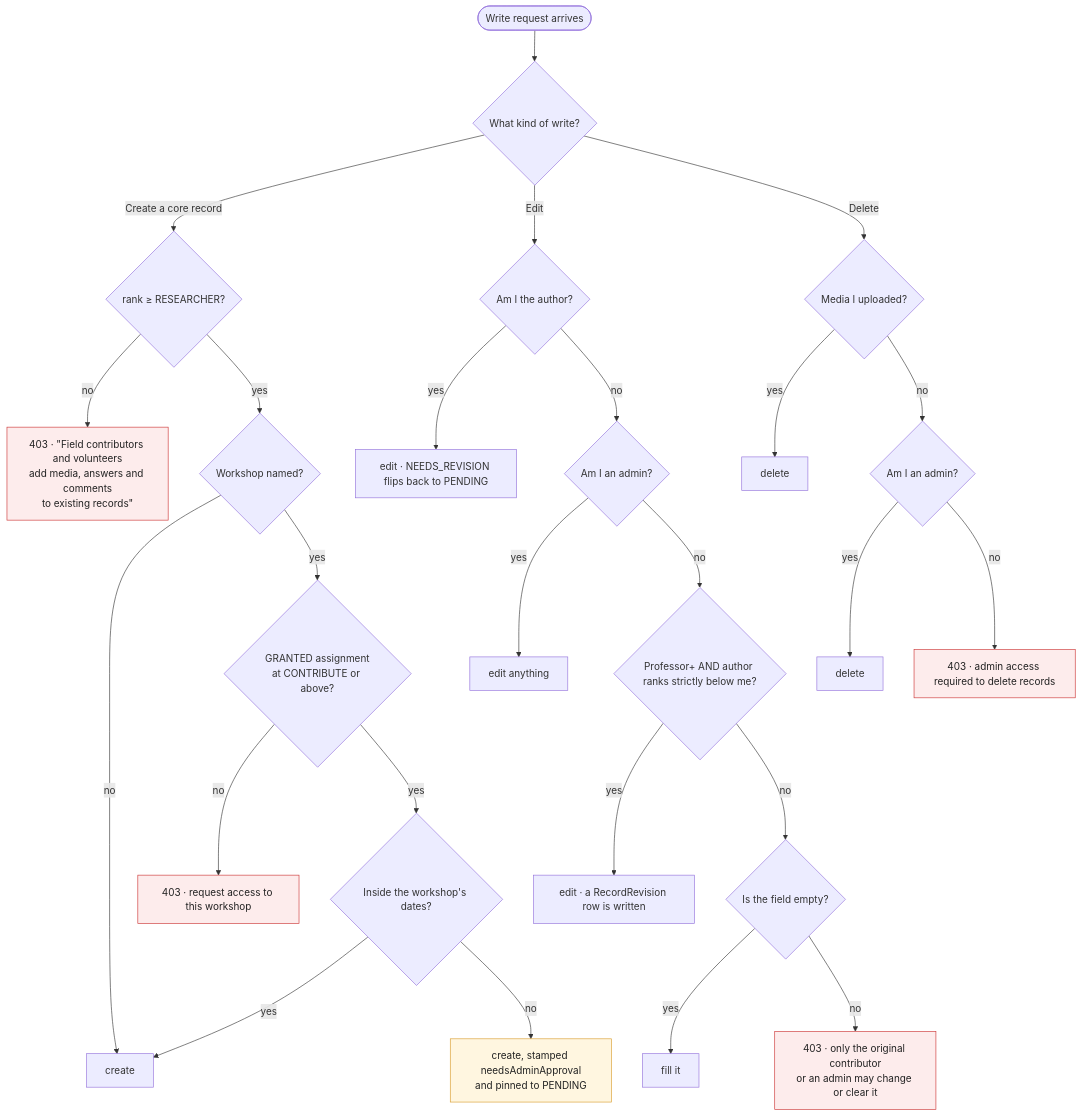
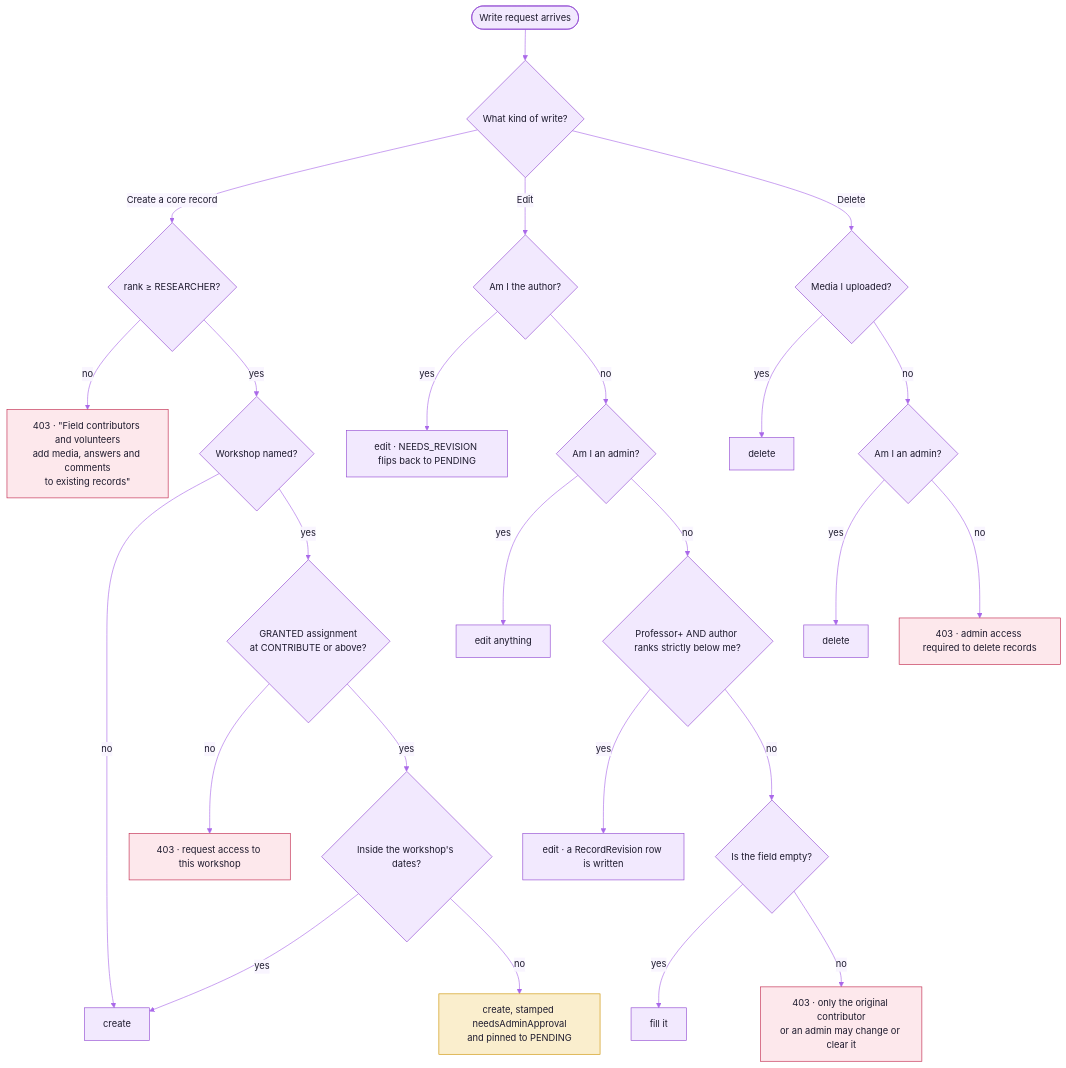
One commit to cxacraftecosystem-ui/documentation-portal changed the second of 6 diagrams in docs/PERMISSIONS.md. Above: the diagram before and after it, drawn with Mermaid. The commit also changed other lines of this file and 106 other files, not shown here.

First line of the commit message:
README showcase: the front page rebuilt on the README kit (copied from designer-portal) with Field Repository content, the readme-check workflow, every docs diagram themed, and the docs brought to 0.0.10

````diff
--- a/docs/PERMISSIONS.md
+++ b/docs/PERMISSIONS.md
@@ -277,36 +278,37 @@
 ```mermaid
+%%{init: {"theme":"base","themeVariables":{"fontFamily":"Inter, ui-sans-serif, system-ui, -apple-system, Segoe UI, Roboto, Helvetica, Arial, sans-serif","fontSize":"15px","primaryColor":"#F2E9FE","primaryTextColor":"#1E1B2E","primaryBorderColor":"#9148D2","secondaryColor":"#FAEECD","secondaryTextColor":"#1E1B2E","secondaryBorderColor":"#CD9200","tertiaryColor":"#F3F1FA","tertiaryTextColor":"#1E1B2E","tertiaryBorderColor":"#A7A3BC","mainBkg":"#F2E9FE","nodeBorder":"#9148D2","nodeTextColor":"#1E1B2E","lineColor":"#AA69E9","textColor":"#857F9E","edgeLabelBackground":"#F9F5FF","clusterBkg":"#F9F5FF","clusterBorder":"#D6B6FB","titleColor":"#762CB1","noteBkgColor":"#FAEECD","noteTextColor":"#1E1B2E","noteBorderColor":"#CD9200","actorBkg":"#F2E9FE","actorBorder":"#9148D2","actorTextColor":"#1E1B2E","actorLineColor":"#AA69E9","signalColor":"#AA69E9","signalTextColor":"#857F9E","labelBoxBkgColor":"#F2E9FE","labelBoxBorderColor":"#9148D2","labelTextColor":"#1E1B2E","loopTextColor":"#857F9E","activationBkgColor":"#E7D5FE","activationBorderColor":"#9148D2","sequenceNumberColor":"#FFFFFF","transitionColor":"#AA69E9","transitionLabelColor":"#857F9E","stateLabelColor":"#1E1B2E","stateBkg":"#F2E9FE","compositeBackground":"#F9F5FF","compositeTitleBackground":"#F2E9FE","attributeBackgroundColorOdd":"#FFFFFF","attributeBackgroundColorEven":"#F9F5FF","relationColor":"#AA69E9","relationLabelBackground":"#F9F5FF","relationLabelColor":"#1E1B2E"}}}%%
 flowchart TD
   start([Write request arrives]) --> kind{What kind of write?}
 
   kind -->|Create a core record| c1{rank ≥ RESEARCHER?}
   c1 -->|no| deny1[403 · &quot;Field contributors and volunteers<br/>add media, answers and comments<br/>to existing records&quot;]
   c1 -->|yes| ws{Workshop named?}
   ws -->|no| ok1[create]
   ws -->|yes| ws2{GRANTED assignment<br/>at CONTRIBUTE or above?}
   ws2 -->|no| deny2[403 · request access to this workshop]
   ws2 -->|yes| late{Inside the workshop's dates?}
   late -->|yes| ok1
   late -->|no| pin[create, stamped needsAdminApproval<br/>and pinned to PENDING]
 
   kind -->|Edit| e1{Am I the author?}
   e1 -->|yes| ok2[edit · NEEDS_REVISION flips back to PENDING]
   e1 -->|no| e2{Am I an admin?}
   e2 -->|yes| ok3[edit anything]
   e2 -->|no| e3{Professor+ AND author ranks strictly below me?}
   e3 -->|yes| ok4[edit · a RecordRevision row is written]
   e3 -->|no| e4{Is the field empty?}
   e4 -->|yes| ok5[fill it]
   e4 -->|no| deny3[403 · only the original contributor<br/>or an admin may change or clear it]
 
   kind -->|Delete| d1{Media I uploaded?}
   d1 -->|yes| ok6[delete]
   d1 -->|no| d2{Am I an admin?}
   d2 -->|yes| ok7[delete]
   d2 -->|no| deny4[403 · admin access required to delete records]
 
-  style deny1 fill:#fdecec,stroke:#c33,color:#222
-  style deny2 fill:#fdecec,stroke:#c33,color:#222
-  style deny3 fill:#fdecec,stroke:#c33,color:#222
-  style deny4 fill:#fdecec,stroke:#c33,color:#222
-  style pin fill:#fff6e0,stroke:#d89a2a,color:#222
+  style deny1 fill:#FDE8EC,stroke:#C0264B,color:#1E1B2E
+  style deny2 fill:#FDE8EC,stroke:#C0264B,color:#1E1B2E
+  style deny3 fill:#FDE8EC,stroke:#C0264B,color:#1E1B2E
+  style deny4 fill:#FDE8EC,stroke:#C0264B,color:#1E1B2E
+  style pin fill:#FAEECD,stroke:#CD9200,color:#1E1B2E
 ```
````
